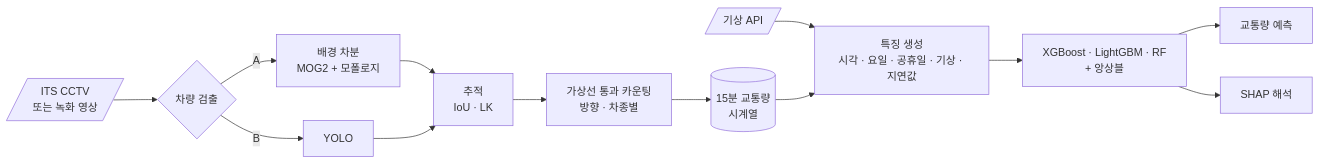
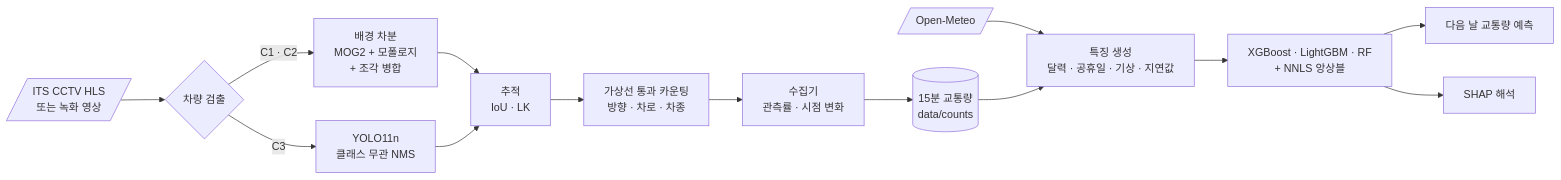
Before and after one commit to cbnu-yhjeon/CCTV-Traffic-Volume-Forecasting: the diagram in README.md, drawn with Mermaid. The commit also changed other lines of this file and 93 other files, not shown here.

````diff
--- a/README.md
+++ b/README.md
@@ -50,15 +94,16 @@
 ```mermaid
 flowchart LR
-    SRC[/"ITS CCTV<br/>또는 녹화 영상"/] --> DET{"차량 검출"}
-    DET -->|A| MOG["배경 차분<br/>MOG2 + 모폴로지"]
-    DET -->|B| YOLO["YOLO"]
+    SRC[/"ITS CCTV HLS<br/>또는 녹화 영상"/] --> DET{"차량 검출"}
+    DET -->|C1 · C2| MOG["배경 차분<br/>MOG2 + 모폴로지<br/>+ 조각 병합"]
+    DET -->|C3| YOLO["YOLO11n<br/>클래스 무관 NMS"]
     MOG --> TRK["추적<br/>IoU · LK"]
     YOLO --> TRK
-    TRK --> CNT["가상선 통과 카운팅<br/>방향 · 차종별"]
-    CNT --> TS[("15분 교통량<br/>시계열")]
-    W[/"기상 API"/] --> FE["특징 생성<br/>시각 · 요일 · 공휴일 · 기상 · 지연값"]
+    TRK --> CNT["가상선 통과 카운팅<br/>방향 · 차로 · 차종"]
+    CNT --> COL["수집기<br/>관측률 · 시점 변화"]
+    COL --> TS[("15분 교통량<br/>data/counts")]
+    W[/"Open-Meteo"/] --> FE["특징 생성<br/>달력 · 공휴일 · 기상 · 지연값"]
     TS --> FE
-    FE --> ML["XGBoost · LightGBM · RF<br/>+ 앙상블"]
-    ML --> PRED["교통량 예측"]
+    FE --> ML["XGBoost · LightGBM · RF<br/>+ NNLS 앙상블"]
+    ML --> PRED["다음 날 교통량 예측"]
     ML --> SHAP["SHAP 해석"]
 ```
````
